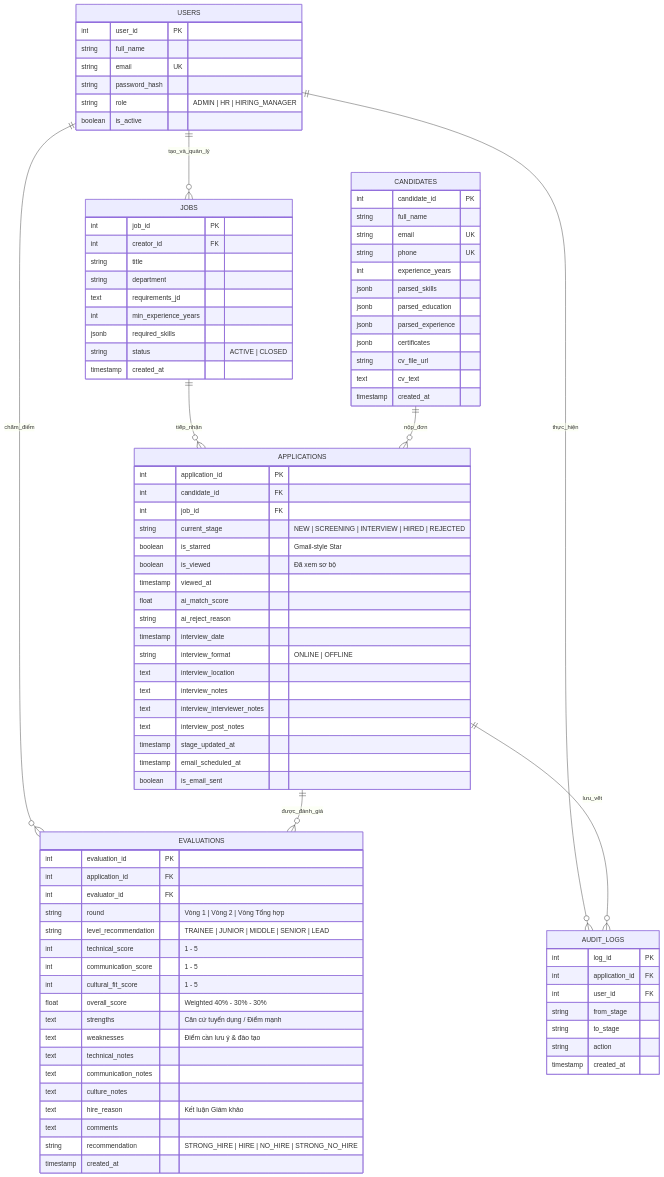
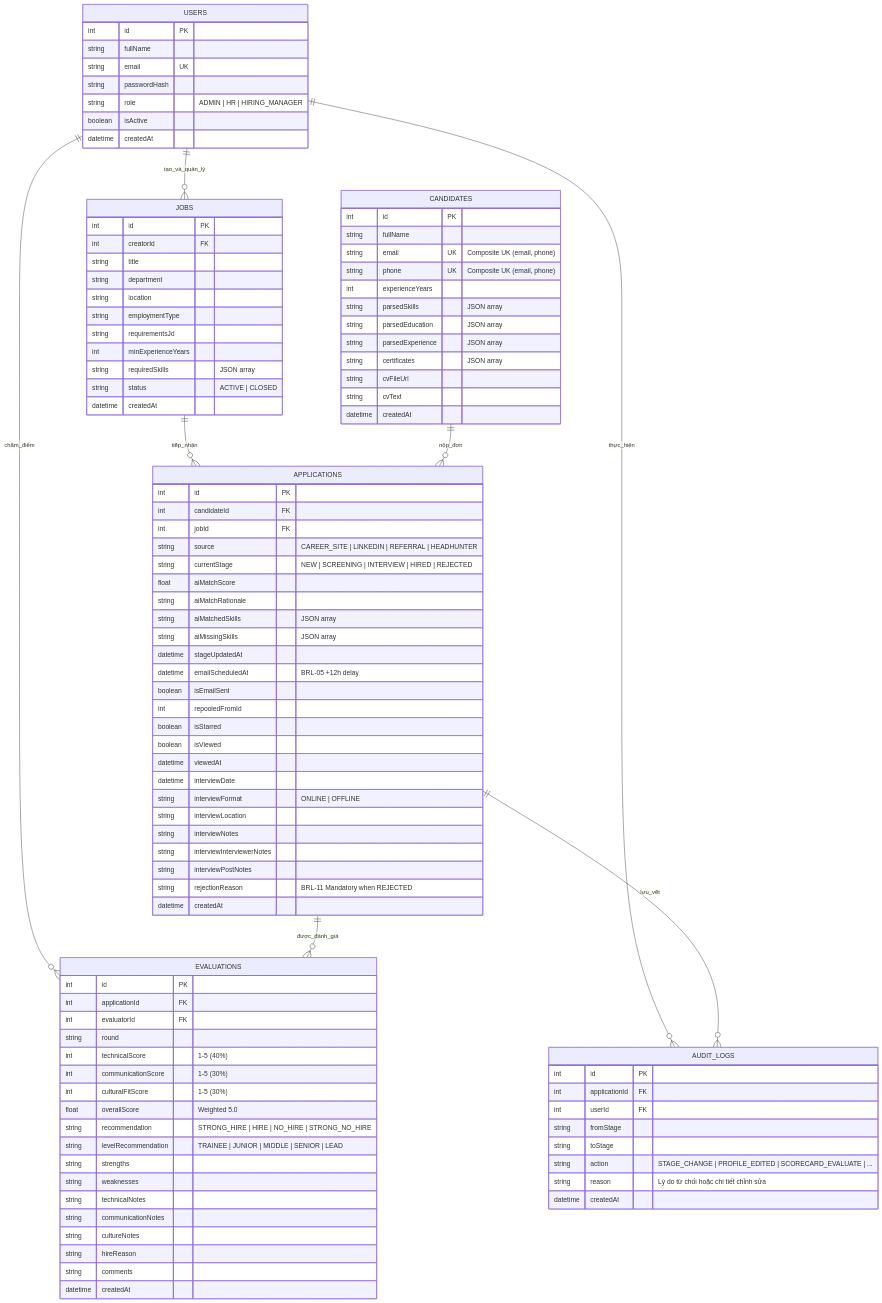
One commit to TheBigMouse-Fstack/ats-applicant_tracking_system changed the diagram in docs/07_Database_Design_ERD.md. Above: the diagram before and after it, drawn with Mermaid. The commit also changed other lines of this file and 57 other files, not shown here.

````diff
--- a/docs/07_Database_Design_ERD.md
+++ b/docs/07_Database_Design_ERD.md
@@ -43,98 +52,108 @@
     USERS ||--o{ JOBS : "tạo_và_quản_lý"
     USERS ||--o{ EVALUATIONS : "chấm_điểm"
     USERS ||--o{ AUDIT_LOGS : "thực_hiện"
-    
+
     JOBS ||--o{ APPLICATIONS : "tiếp_nhận"
     CANDIDATES ||--o{ APPLICATIONS : "nộp_đơn"
-    
+
     APPLICATIONS ||--o{ EVALUATIONS : "được_đánh_giá"
     APPLICATIONS ||--o{ AUDIT_LOGS : "lưu_vết"
 
     USERS {
-        int user_id PK
-        string full_name
+        int id PK
+        string fullName
         string email UK
-        string password_hash
+        string passwordHash
         string role "ADMIN | HR | HIRING_MANAGER"
-        boolean is_active
+        boolean isActive
+        datetime createdAt
     }
 
     JOBS {
-        int job_id PK
-        int creator_id FK
+        int id PK
+        int creatorId FK
         string title
         string department
-        text requirements_jd
-        int min_experience_years
-        jsonb required_skills
+        string location
+        string employmentType
+        string requirementsJd
+        int minExperienceYears
+        string requiredSkills "JSON array"
         string status "ACTIVE | CLOSED"
-        timestamp created_at
+        datetime createdAt
     }
 
     CANDIDATES {
-        int candidate_id PK
-        string full_name
-        string email UK
-        string phone UK
-        int experience_years
-        jsonb parsed_skills
-        jsonb parsed_education
-        jsonb parsed_experience
-        jsonb certificates
-        string cv_file_url
-        text cv_text
-        timestamp created_at
+        int id PK
+        string fullName
+        string email UK "Composite UK (email, phone)"
+        string phone UK "Composite UK (email, phone)"
+        int experienceYears
+        string parsedSkills "JSON array"
+        string parsedEducation "JSON array"
+        string parsedExperience "JSON array"
+        string certificates "JSON array"
+        string cvFileUrl
+        string cvText
+        datetime createdAt
     }
 
     APPLICATIONS {
-        int application_id PK
-        int candidate_id FK
-        int job_id FK
-        string current_stage "NEW | SCREENING | INTERVIEW | HIRED | REJECTED"
-        boolean is_starred "Gmail-style Star"
-        boolean is_viewed "Đã xem sơ bộ"
-        timestamp viewed_at
-        float ai_match_score
-        string ai_reject_reason
-        timestamp interview_date
-        string interview_format "ONLINE | OFFLINE"
-        text interview_location
-        text interview_notes
-        text interview_interviewer_notes
-        text interview_post_notes
-        timestamp stage_updated_at
-        timestamp email_scheduled_at
-        boolean is_email_sent
+        int id PK
+        int candidateId FK
+        int jobId FK
+        string source "CAREER_SITE | LINKEDIN | REFERRAL | HEADHUNTER"
+        string currentStage "NEW | SCREENING | INTERVIEW | HIRED | REJECTED"
+        float aiMatchScore
+        string aiMatchRationale
+        string aiMatchedSkills "JSON array"
+        string aiMissingSkills "JSON array"
+        datetime stageUpdatedAt
+        datetime emailScheduledAt "BRL-05 +12h delay"
+        boolean isEmailSent
+        int repooledFromId
+        boolean isStarred
+        boolean isViewed
+        datetime viewedAt
+        datetime interviewDate
+        string interviewFormat "ONLINE | OFFLINE"
+        string interviewLocation
+        string interviewNotes
+        string interviewInterviewerNotes
+        string interviewPostNotes
+        string rejectionReason "BRL-11 Mandatory when REJECTED"
+        datetime createdAt
     }
 
     EVALUATIONS {
-        int evaluation_id PK
-        int application_id FK
-        int evaluator_id FK
-        string round "Vòng 1 | Vòng 2 | Vòng Tổng hợp"
-        string level_recommendation "TRAINEE | JUNIOR | MIDDLE | SENIOR | LEAD"
-        int technical_score "1 - 5"
-        int communication_score "1 - 5"
-        int cultural_fit_score "1 - 5"
-        float overall_score "Weighted 40% - 30% - 30%"
-        text strengths "Căn cứ tuyển dụng / Điểm mạnh"
-        text weaknesses "Điểm cần lưu ý & đào tạo"
-        text technical_notes
-        text communication_notes
-        text culture_notes
-        text hire_reason "Kết luận Giám khảo"
-        text comments
+        int id PK
+        int applicationId FK
+        int evaluatorId FK
+        string round
+        int technicalScore "1-5 (40%)"
+        int communicationScore "1-5 (30%)"
+        int culturalFitScore "1-5 (30%)"
+        float overallScore "Weighted 5.0"
         string recommendation "STRONG_HIRE | HIRE | NO_HIRE | STRONG_NO_HIRE"
-        timestamp created_at
+        string levelRecommendation "TRAINEE | JUNIOR | MIDDLE | SENIOR | LEAD"
+        string strengths
+        string weaknesses
+        string technicalNotes
+        string communicationNotes
+        string cultureNotes
+        string hireReason
+        string comments
+        datetime createdAt
     }
 
     AUDIT_LOGS {
-        int log_id PK
-        int application_id FK
-        int user_id FK
-        string from_stage
-        string to_stage
-        string action
-        timestamp created_at
+        int id PK
+        int applicationId FK
+        int userId FK
+        string fromStage
+        string toStage
+        string action "STAGE_CHANGE | PROFILE_EDITED | SCORECARD_EVALUATE | ..."
+        string reason "Lý do từ chối hoặc chi tiết chỉnh sửa"
+        datetime createdAt
     }
 ```
````
